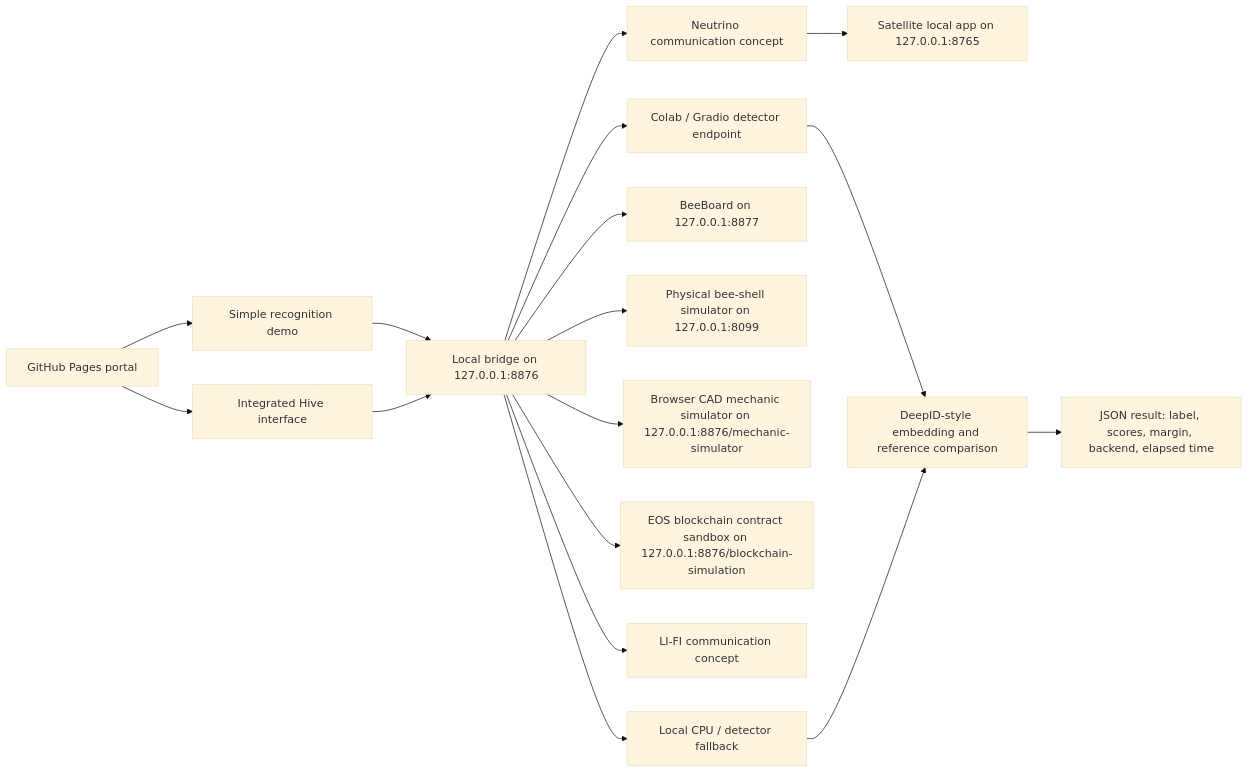
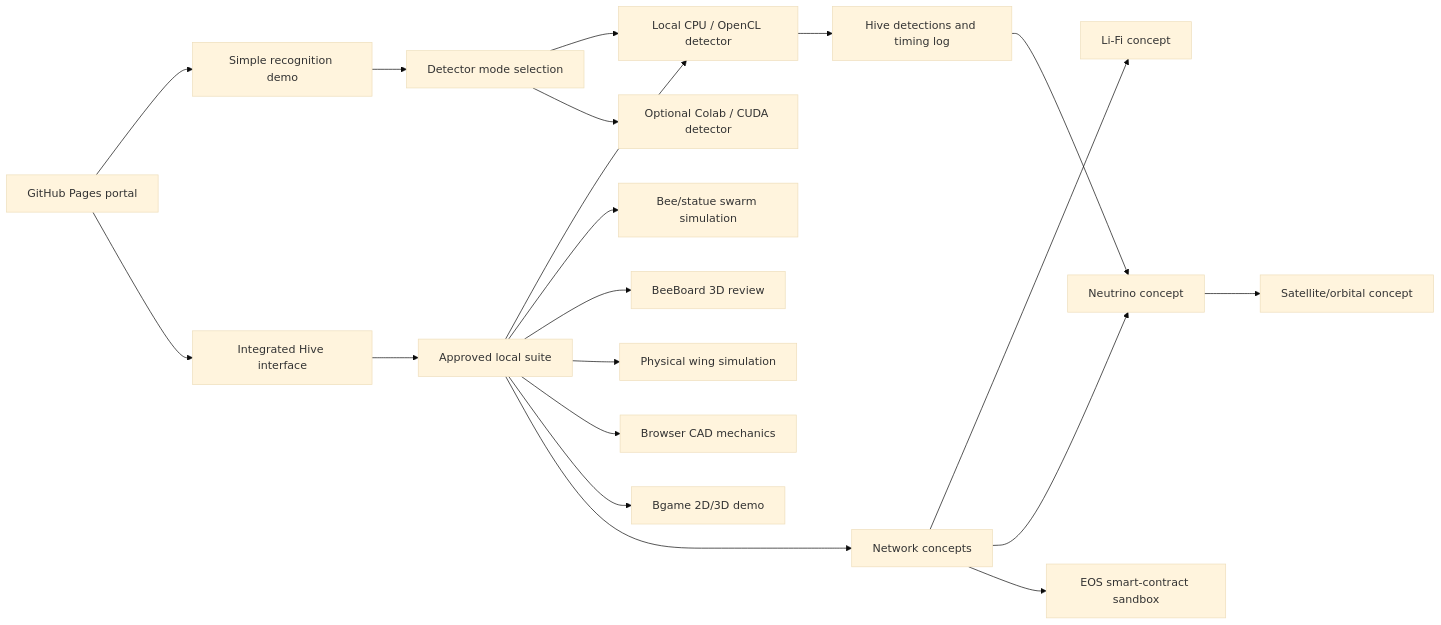
One commit to Holodininyaroslav/bee-face-recognition-project changed the diagram in README.md. Above: the diagram before and after it, drawn with Mermaid (base theme). The commit also changed other lines of this file and 37 other files, not shown here.

````diff
--- a/README.md
+++ b/README.md
@@ -39,19 +86,22 @@
 ```mermaid
 flowchart LR
-    A["GitHub Pages portal"] --> B["Simple recognition demo"]
-    A --> C["Integrated Hive interface"]
-    B --> D["Local bridge on 127.0.0.1:8876"]
-    C --> D
-    D --> E["Colab / Gradio detector endpoint"]
-    D --> F["Local CPU / detector fallback"]
-    D --> G["BeeBoard on 127.0.0.1:8877"]
-    D --> H["Physical bee-shell simulator on 127.0.0.1:8099"]
-    D --> K["Browser CAD mechanic simulator on 127.0.0.1:8876/mechanic-simulator"]
-    D --> L["EOS blockchain contract sandbox on 127.0.0.1:8876/blockchain-simulation"]
-    D --> M["LI-FI communication concept"]
-    D --> N["Neutrino communication concept"]
-    N --> O["Satellite local app on 127.0.0.1:8765"]
-    E --> I["DeepID-style embedding and reference comparison"]
-    F --> I
-    I --> J["JSON result: label, scores, margin, backend, elapsed time"]
+    Site["GitHub Pages portal"] --> Simple["Simple recognition demo"]
+    Site --> HiveView["Integrated Hive interface"]
+    Simple --> DetectorChoice["Detector mode selection"]
+    HiveView --> LocalSuite["Approved local suite"]
+    DetectorChoice --> LocalDetector["Local CPU / OpenCL detector"]
+    DetectorChoice --> Colab["Optional Colab / CUDA detector"]
+    LocalSuite --> LocalDetector
+    LocalSuite --> Bee3D["Bee/statue swarm simulation"]
+    LocalSuite --> Board["BeeBoard 3D review"]
+    LocalSuite --> Physical["Physical wing simulation"]
+    LocalSuite --> CAD["Browser CAD mechanics"]
+    LocalSuite --> Game["Bgame 2D/3D demo"]
+    LocalSuite --> Network["Network concepts"]
+    Network --> Lifi["Li-Fi concept"]
+    Network --> Neutrino["Neutrino concept"]
+    Network --> EOS["EOS smart-contract sandbox"]
+    Neutrino --> Satellite["Satellite/orbital concept"]
+    LocalDetector --> Log["Hive detections and timing log"]
+    Log --> Neutrino
 ```
````
